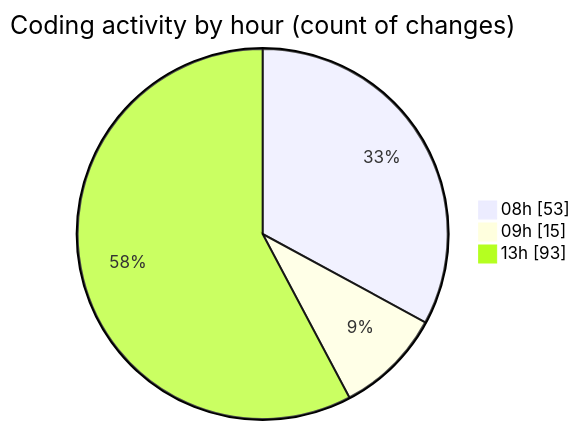
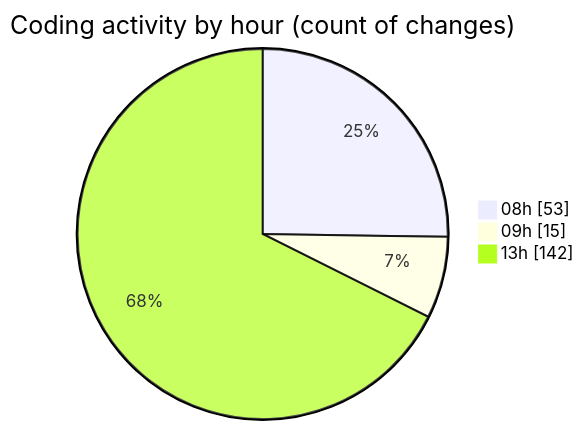
Before and after one commit to momahboobian/code-tracking: the second of 2 diagrams in 2026-05-01/cda/README.md, drawn with Mermaid. The commit also changed other lines of this file and 1 other file, not shown here.

````diff
--- a/2026-05-01/cda/README.md
+++ b/2026-05-01/cda/README.md
@@ -73,7 +74,7 @@
 ```mermaid
 pie showData
 title Coding activity by hour (count of changes)
 "08h" : 53
 "09h" : 15
-"13h" : 93
+"13h" : 142
 ```
````
